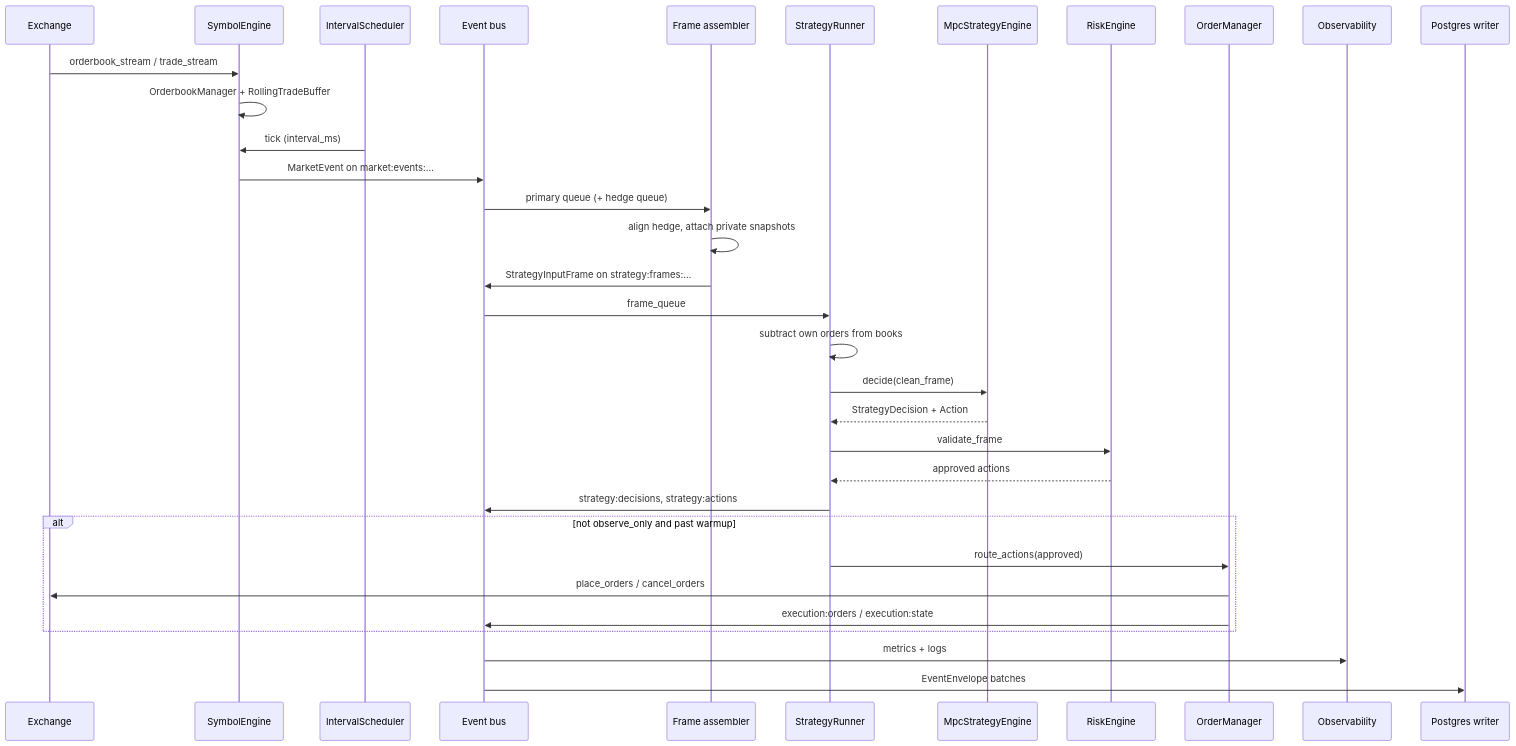
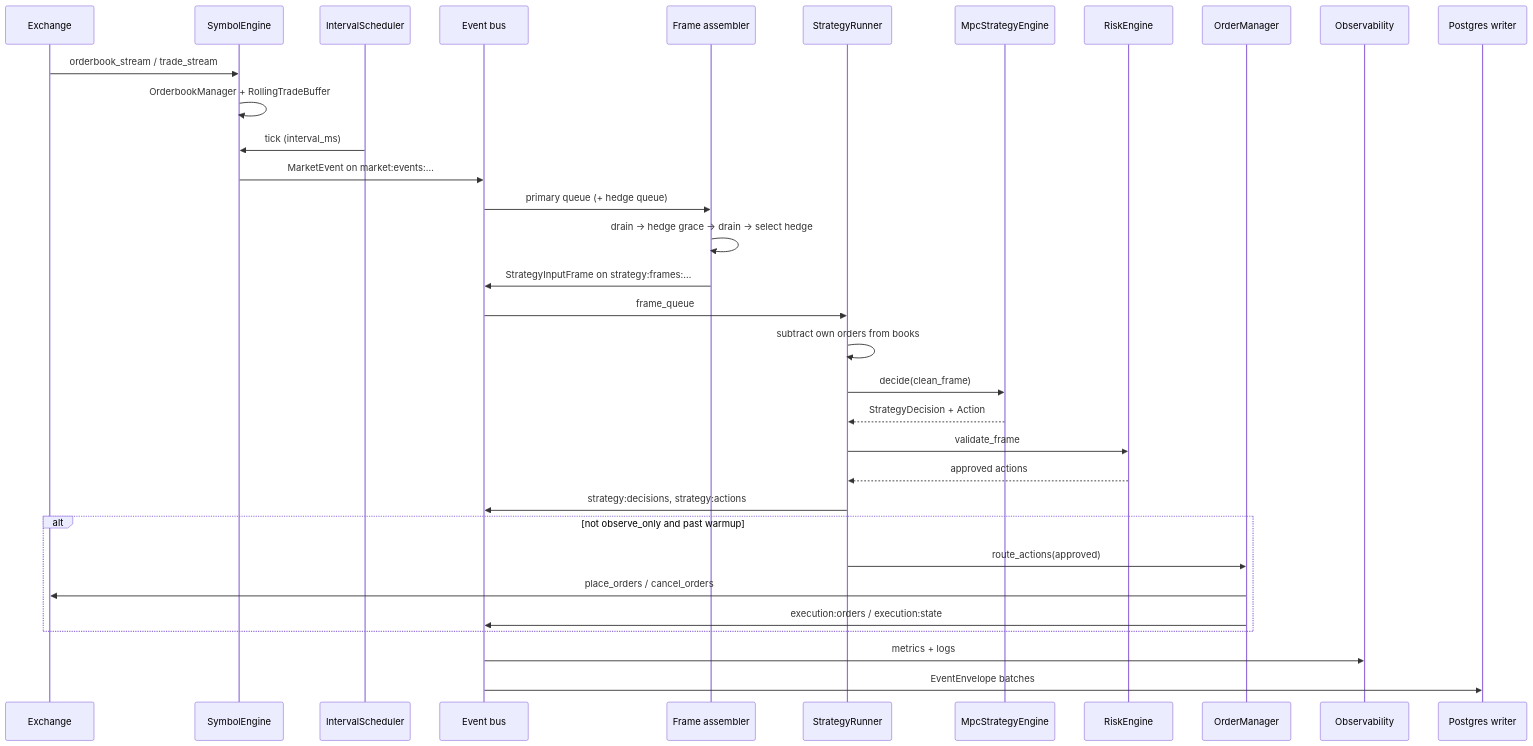
Before and after one commit to golipour/market-maker: the diagram in docs/data-flow.md, drawn with Mermaid. The commit also changed other lines of this file and 10 other files, not shown here.

````diff
--- a/docs/data-flow.md
+++ b/docs/data-flow.md
@@ -7,36 +7,36 @@
 ```mermaid
 sequenceDiagram
   participant EX as Exchange
   participant SE as SymbolEngine
   participant SCH as IntervalScheduler
   participant BUS as Event bus
   participant FA as Frame assembler
   participant SR as StrategyRunner
   participant ENG as MpcStrategyEngine
   participant RISK as RiskEngine
   participant OM as OrderManager
   participant OBS as Observability
   participant PG as Postgres writer
 
   EX->>SE: orderbook_stream / trade_stream
   SE->>SE: OrderbookManager + RollingTradeBuffer
   SCH->>SE: tick (interval_ms)
   SE->>BUS: MarketEvent on market:events:…
   BUS->>FA: primary queue (+ hedge queue)
-  FA->>FA: align hedge, attach private snapshots
+  FA->>FA: drain → hedge grace → drain → select hedge
   FA->>BUS: StrategyInputFrame on strategy:frames:…
   BUS->>SR: frame_queue
   SR->>SR: subtract own orders from books
   SR->>ENG: decide(clean_frame)
   ENG-->>SR: StrategyDecision + Action
   SR->>RISK: validate_frame
   RISK-->>SR: approved actions
   SR->>BUS: strategy:decisions, strategy:actions
   alt not observe_only and past warmup
     SR->>OM: route_actions(approved)
     OM->>EX: place_orders / cancel_orders
     OM->>BUS: execution:orders / execution:state
   end
   BUS->>OBS: metrics + logs
   BUS->>PG: EventEnvelope batches
 ```
````
